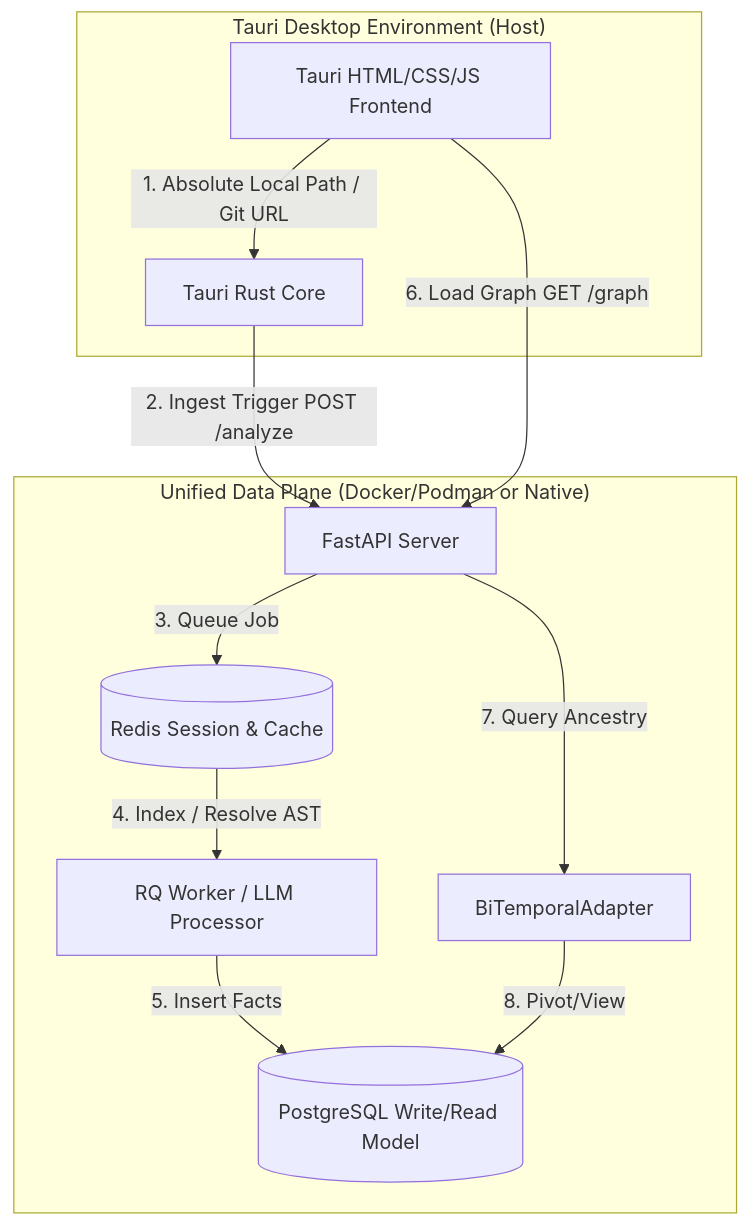
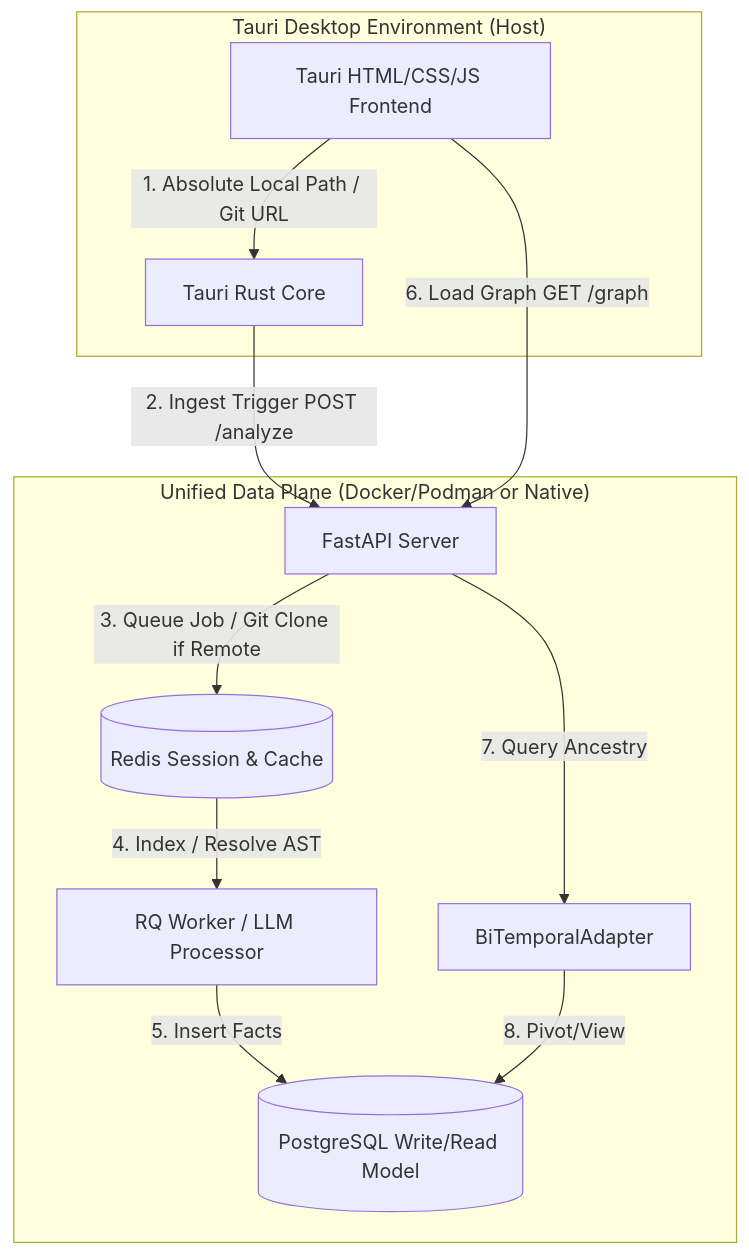
One commit to bmrtech-oss/code-intel-desktop changed the first of 2 diagrams in docs/adr-desktop-backend-integration.md. Above: the diagram before and after it, drawn with Mermaid. The commit also changed other lines of this file and 2 other files, not shown here.

Commit message:
docs: add remote repository ingestion support to master spec, ADR-002, and phased prompts

````diff
--- a/docs/adr-desktop-backend-integration.md
+++ b/docs/adr-desktop-backend-integration.md
@@ -18,24 +19,24 @@
 ```mermaid
 flowchart TB
     subgraph "Tauri Desktop Environment (Host)"
         UI[Tauri HTML/CSS/JS Frontend]
         Rust[Tauri Rust Core]
     end
 
     subgraph "Unified Data Plane (Docker/Podman or Native)"
         API[FastAPI Server]
         Adapter[BiTemporalAdapter]
         Store[(PostgreSQL Write/Read Model)]
         Redis[(Redis Session & Cache)]
         RQ[RQ Worker / LLM Processor]
     end
 
     UI -->|1. Absolute Local Path / Git URL| Rust
     Rust -->|2. Ingest Trigger POST /analyze| API
-    API -->|3. Queue Job| Redis
+    API -->|3. Queue Job / Git Clone if Remote| Redis
     Redis -->|4. Index / Resolve AST| RQ
     RQ -->|5. Insert Facts| Store
     UI -->|6. Load Graph GET /graph| API
     API -->|7. Query Ancestry| Adapter
     Adapter -->|8. Pivot/View| Store
 ```
````
